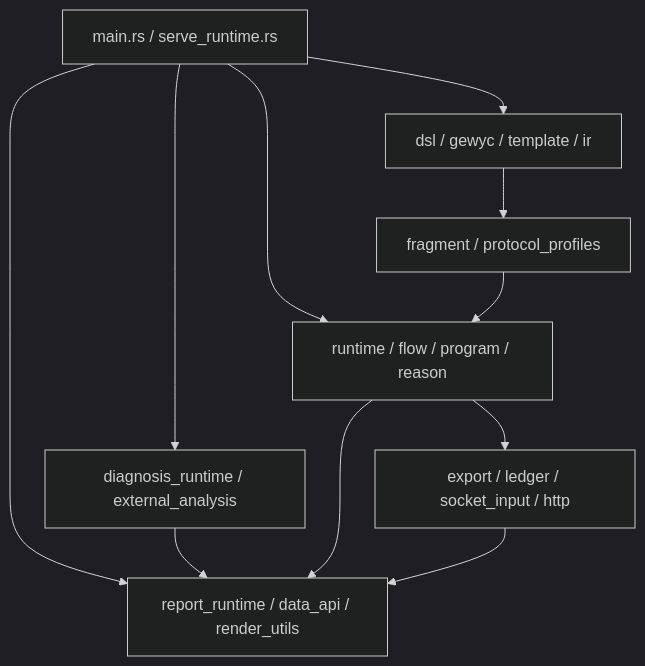
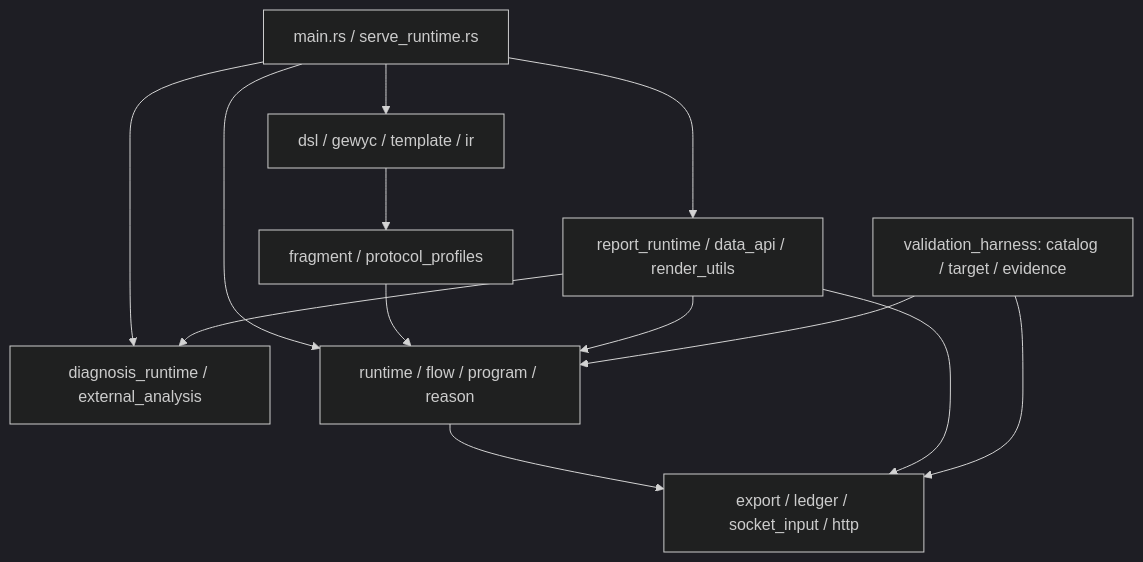
The diagram in docs/architecture-blueprint-modules.md (Team-silvortex/gewyvern), drawn with Mermaid (dark theme) before and after one commit. The commit also changed other lines of this file and 170 other files, not shown here.

````diff
--- a/docs/architecture-blueprint-modules.md
+++ b/docs/architecture-blueprint-modules.md
@@ -40,13 +40,15 @@
 ```mermaid
 flowchart TD
     CLI["main.rs / serve_runtime.rs"] --> REPORT["report_runtime / data_api / render_utils"]
     CLI --> DIAG["diagnosis_runtime / external_analysis"]
     CLI --> CORE["runtime / flow / program / reason"]
     CLI --> COMP["dsl / gewyc / template / ir"]
     COMP --> REG["fragment / protocol_profiles"]
     REG --> CORE
-    CORE --> REPORT
+    REPORT --> CORE
     CORE --> EXPORT["export / ledger / socket_input / http"]
-    DIAG --> REPORT
-    EXPORT --> REPORT
+    REPORT --> DIAG
+    REPORT --> EXPORT
+    VALIDATE["validation_harness: catalog / target / evidence"] --> CORE
+    VALIDATE --> EXPORT
 ```
````
